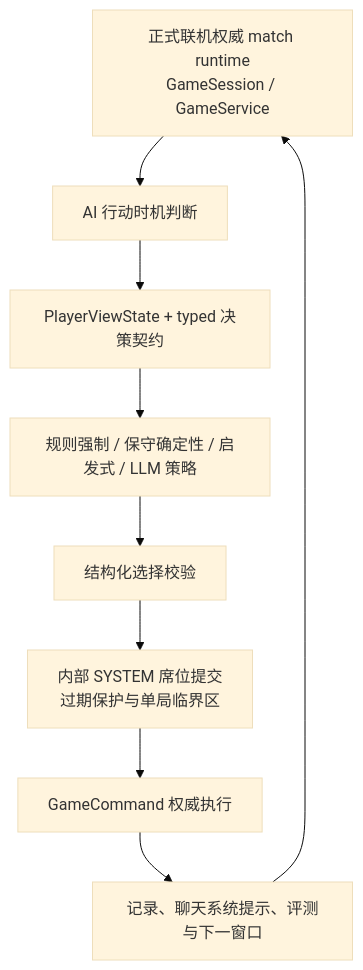
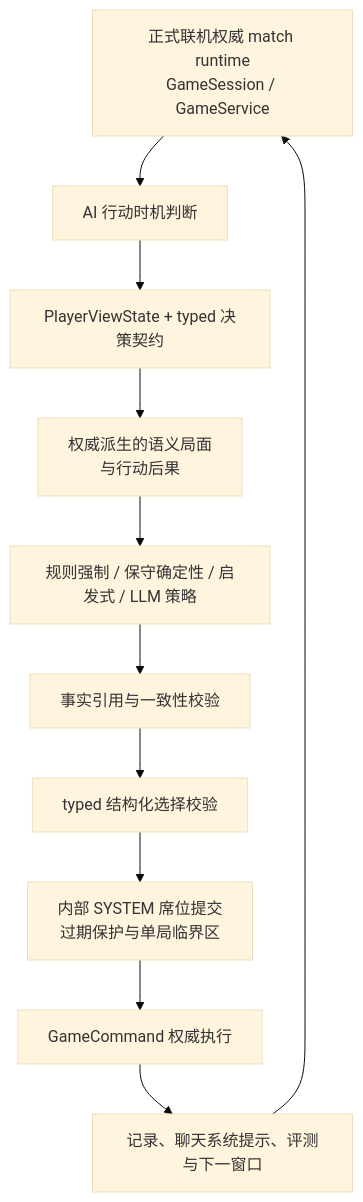
The first of 2 diagrams in docs/ai-battle/design-and-implementation.md (catmeow123456/loveca-dev), drawn with Mermaid (base theme) before and after one commit. The commit also changed other lines of this file and 22 other files, not shown here.

````diff
--- a/docs/ai-battle/design-and-implementation.md
+++ b/docs/ai-battle/design-and-implementation.md
@@ -172,20 +192,24 @@
 ```mermaid
 flowchart TD
     Authority[正式联机权威 match runtime<br/>GameSession / GameService]
     Timing[AI 行动时机判断]
     Contract[PlayerViewState + typed 决策契约]
+    Semantics[权威派生的语义局面<br/>与行动后果]
     Strategy[规则强制 / 保守确定性 / 启发式 / LLM 策略]
-    Validate[结构化选择校验]
+    Grounding[事实引用与一致性校验]
+    Validate[typed 结构化选择校验]
     Submit[内部 SYSTEM 席位提交<br/>过期保护与单局临界区]
     Command[GameCommand 权威执行]
     Observe[记录、聊天系统提示、评测与下一窗口]
 
     Authority --> Timing
     Timing --> Contract
-    Contract --> Strategy
-    Strategy --> Validate
+    Contract --> Semantics
+    Semantics --> Strategy
+    Strategy --> Grounding
+    Grounding --> Validate
     Validate --> Submit
     Submit --> Command
     Command --> Observe
     Observe --> Authority
 ```
````
